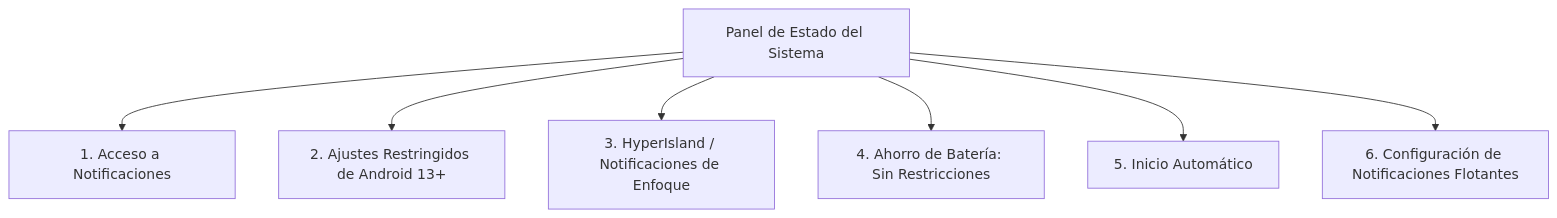
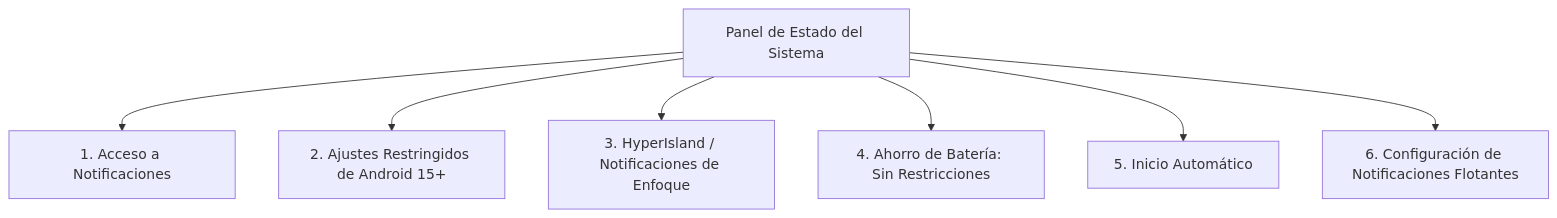
One commit to D4vidDf/HyperBridge-Site changed the first of 2 diagrams in content/docs/permissions/system-setup.es.md. Above: the diagram before and after it, drawn with Mermaid. The commit also changed other lines of this file and 8 other files, not shown here.

````diff
--- a/content/docs/permissions/system-setup.es.md
+++ b/content/docs/permissions/system-setup.es.md
@@ -19,9 +19,9 @@
 ```mermaid
 flowchart TD
     H["Panel de Estado del Sistema"] --> P1["1. Acceso a Notificaciones"]
-    H --> P2["2. Ajustes Restringidos de Android 13+"]
+    H --> P2["2. Ajustes Restringidos de Android 15+"]
     H --> P3["3. HyperIsland / Notificaciones de Enfoque"]
     H --> P4["4. Ahorro de Batería: Sin Restricciones"]
     H --> P5["5. Inicio Automático"]
     H --> P6["6. Configuración de Notificaciones Flotantes"]
 ```
````
